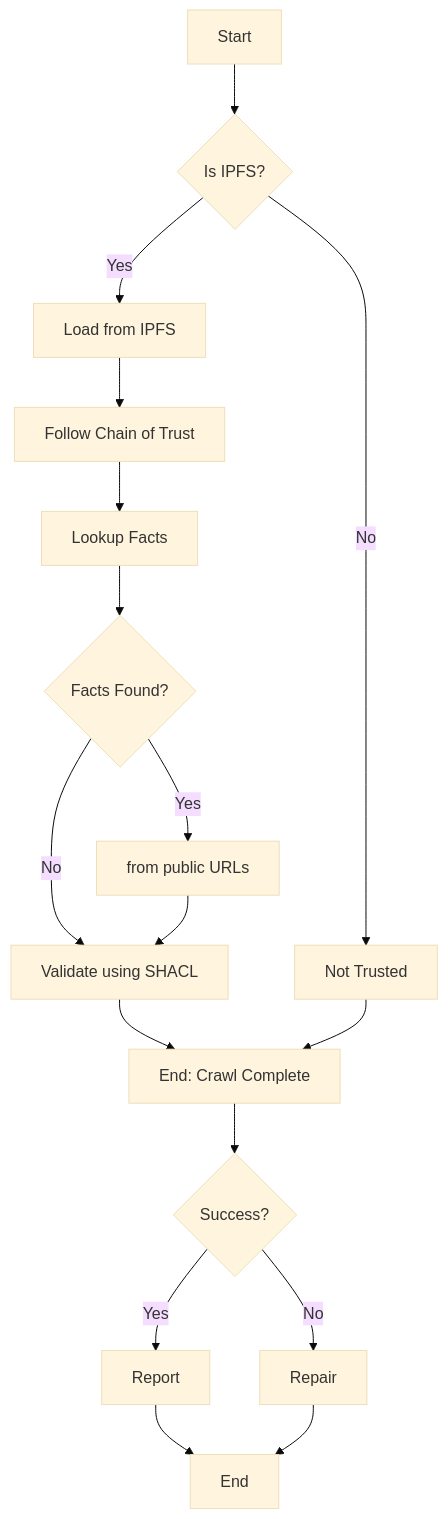
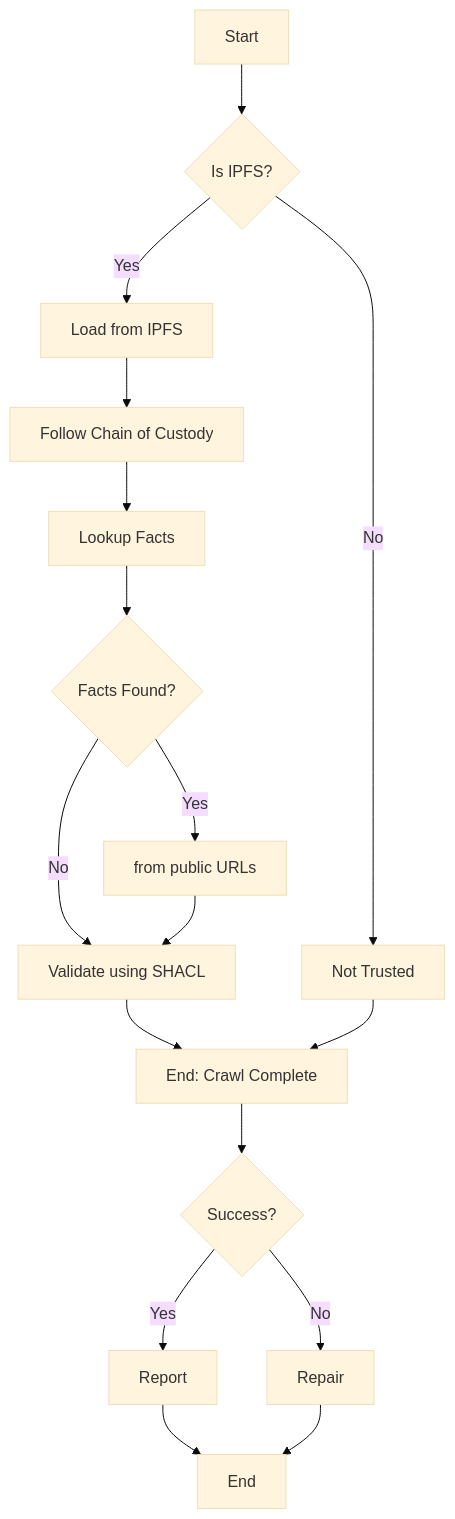
Before and after one commit to fact-claims/fact.claims: the second of 2 diagrams in www.fact.claims/content/howto/crawling.md, drawn with Mermaid (base theme). The commit also changed other lines of this file and 50 other files, not shown here.

````diff
--- a/www.fact.claims/content/howto/crawling.md
+++ b/www.fact.claims/content/howto/crawling.md
@@ -84,19 +89,19 @@
 ```mermaid
 graph TD;
     A[Start] --> C{Is IPFS?};
     C -->|Yes| D[Load from IPFS];
     C -->|No| E[Not Trusted];
-    D --> F[Follow Chain of Trust];
+    D --> F[Follow Chain of Custody];
     F --> G[Lookup Facts];
     G --> H{Facts Found?};
     H -->|Yes| I[from public URLs];
     H -->|No| J[Validate using SHACL];
     I --> J;
     J --> K[End: Crawl Complete];
     E --> K;
     K --> L{Success?};
     L -->|Yes| M[Report];
     L -->|No| N[Repair];
     M --> O[End];
     N --> O[End];
 ```
````
